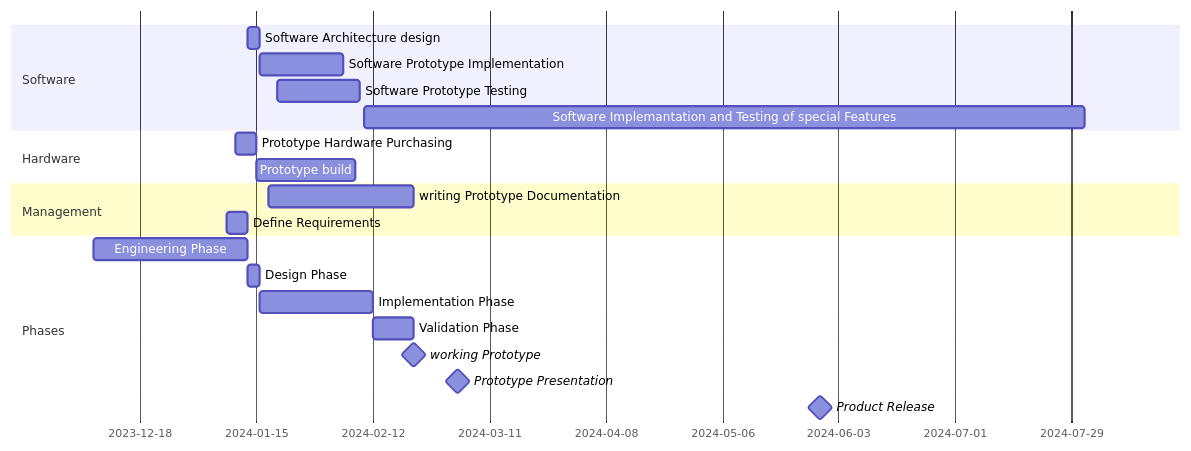
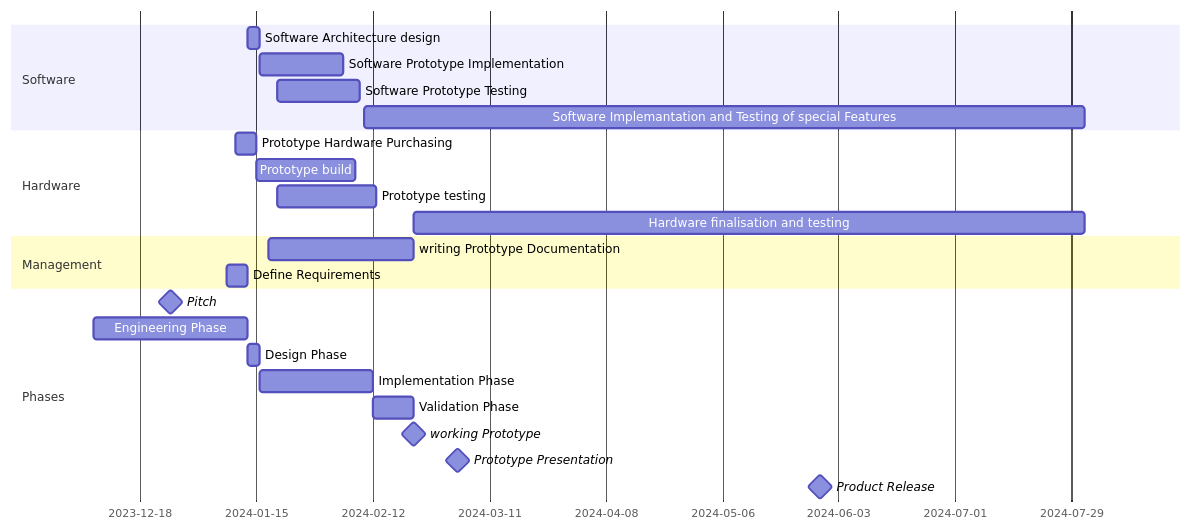
The diagram in Management_Development/Schedule/Schedule.md (lukas1-12/Arduino_DHBW_Spiel), drawn with Mermaid before and after one commit. The commit also changed other lines of this file, not shown here.

````diff
--- a/Management_Development/Schedule/Schedule.md
+++ b/Management_Development/Schedule/Schedule.md
@@ -3,25 +9,28 @@
 ```mermaid
 gantt
     tickInterval 4week
     weekday monday
     dateFormat YYYY-MM-DD
     section Software
         Software Architecture design        :a1, 2024-01-13, 3d
         Software Prototype Implementation   :a2, after a1, 20d
         Software Prototype Testing          :a3, 2024-01-20, 20d
         Software Implemantation and Testing of special Features :2024-02-10, 2024-08-01
     section Hardware
         Prototype Hardware Purchasing       :b1, 2024-01-10, 5d
         Prototype build                     :after b1, 24d
+        Prototype testing                   :2024-01-20, 24d
+        Hardware finalisation and testing   :2024-02-22, 2024-08-01
     section Management
         writing Prototype Documentation     :c1, 2024-01-18, 2024-02-22
         Define Requirements                 :c2, 2024-01-08, 2024-01-13
     section Phases
+        Pitch                               :milestone, 2023-12-07
         Engineering Phase                   :d1, 2023-12-07, 2024-01-13
         Design Phase                        :d2, after d1, 3d
         Implementation Phase                :d3, after d2, 2024-02-12
         Validation Phase                    :d4, after d3, 2024-02-22
         working Prototype                   :milestone, 2024-02-22 
         Prototype Presentation              :milestone, 2024-03-14
         Product Release                     :milestone, 2024-08-14
 ```
````
